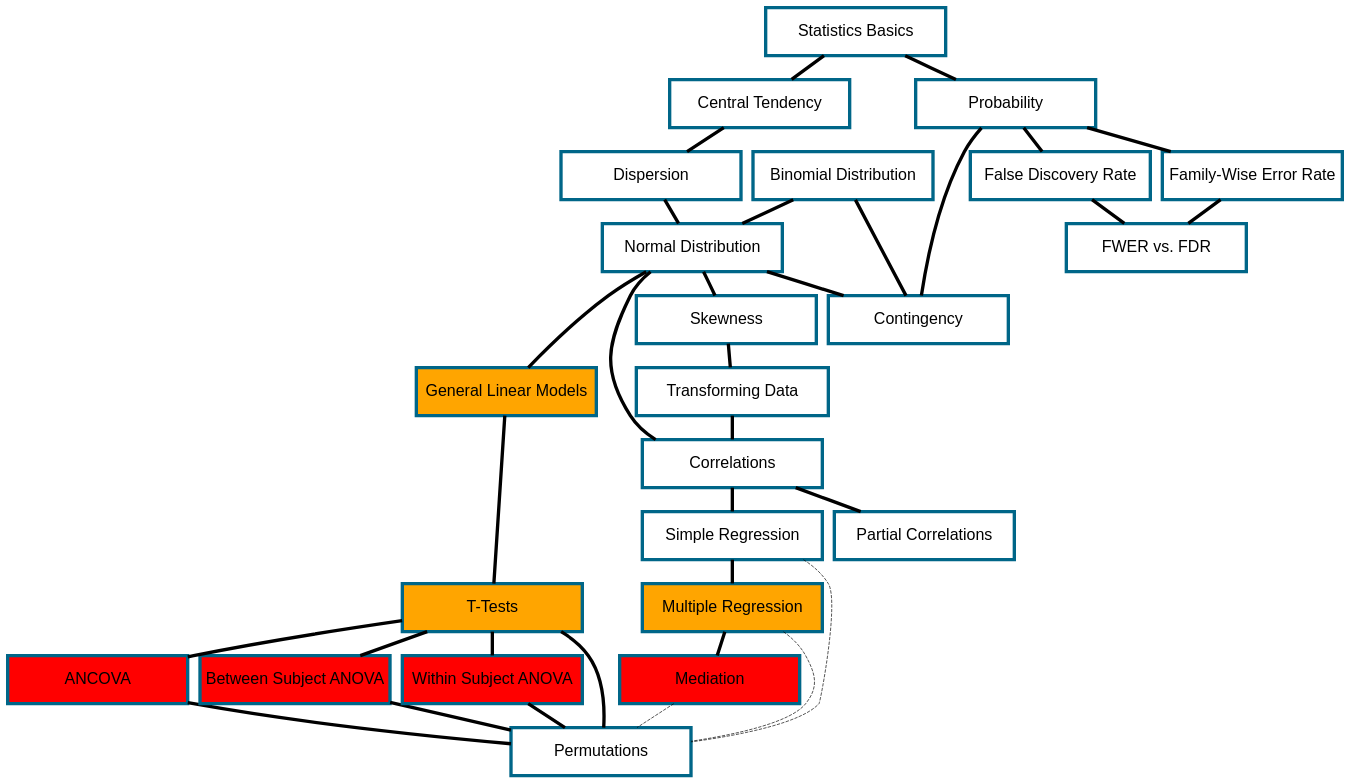
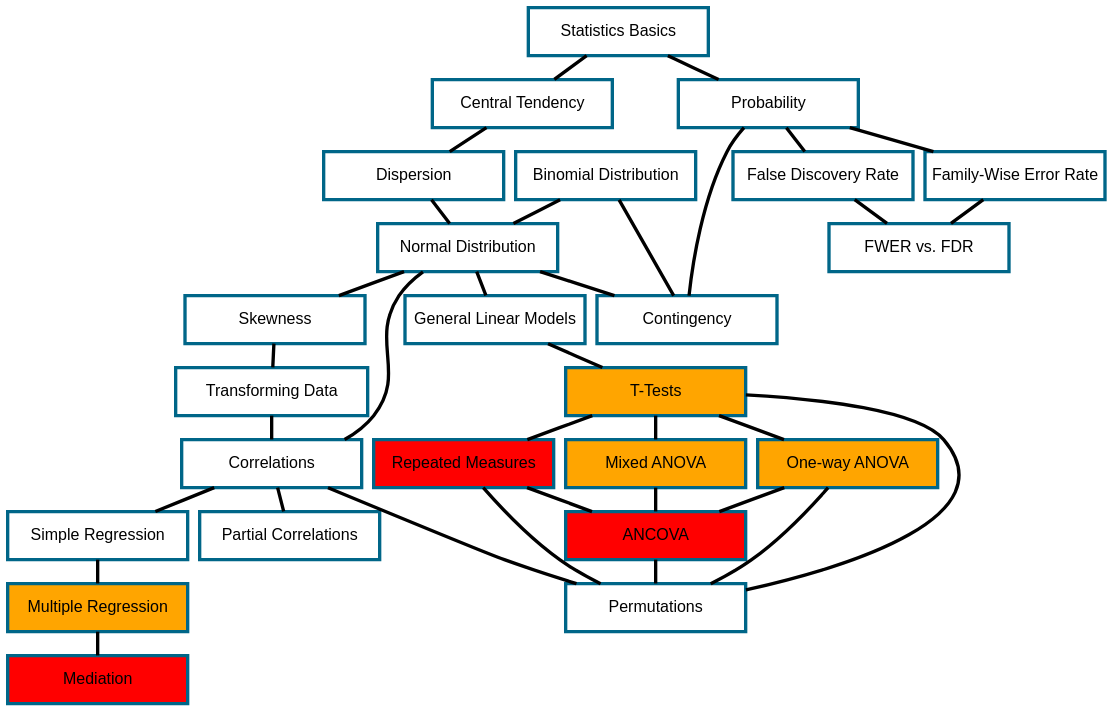
The diagram in overview.qmd (Reading-Psych/jast), drawn with Graphviz before and after one commit. The commit also changed 19 other files, not shown here.

````diff
--- a/overview.qmd
+++ b/overview.qmd
@@ -45,12 +45,12 @@
 		ancova[
       label = "ANCOVA",
       fillcolor = "red",
-      URL = ""
+      URL = "../GeneralLinearModels/ancova.html"
     ]
     between_anova[
-      label = "Between Subject ANOVA",
-      fillcolor = "red",
-      URL = ""
+      label = "One-way ANOVA",
+      fillcolor = "orange",
+      URL = "../GeneralLinearModels/oneWayAnova.html"
     ]
 		binomial [
 			URL = "../distributions/binomial.html",
@@ -102,7 +102,7 @@
     glm[
       URL       = "../GeneralLinearModels/generalLinearModels.html",
       label     = "General Linear Models",
-      fillcolor = "orange"
+      fillcolor = "white"
     ]
     #kurtosis[
     #  URL       = "",
@@ -114,6 +114,11 @@
       fillcolor = "red",
       label = "Mediation"
     ]
+    mixed_anova[
+		  label = "Mixed ANOVA",
+		  fillcolor = "orange",
+		  URL = "../GeneralLinearModels/mixedAnova.html",
+		]
 		multiple_regression[
 		  label     = "Multiple Regression",
 		  URL       = "../regressions/multipleRegressions.html",
@@ -144,9 +149,9 @@
 			# row = func,
 		]
 		repeated_measures_anova[
-		  label = "Within Subject ANOVA",
+		  label = "Repeated Measures",
 		  fillcolor = "red",
-		  URL = "",
+		  URL = "../GeneralLinearModels/repeatedAnova.html",
 		]
 		simple_regression[
 		  label="Simple Regression",
@@ -173,6 +178,7 @@
 		]
 	}
 	/* connections */
+	between_anova -> ancova
 	binomial -> contingency
 	binomial -> normal[
     #style = "dashed",
@@ -186,7 +192,8 @@
 	fdr -> fwer_vs_fdr
 	fwer -> fwer_vs_fdr
 	glm -> ttests
-  multiple_regression -> mediation
+  mixed_anova -> ancova
+	multiple_regression -> mediation
 	normal -> correlations
 	normal -> contingency
 	normal -> glm
@@ -201,30 +208,33 @@
 	probability -> contingency
 	probability -> fwer
 	probability -> fdr
+	repeated_measures_anova -> ancova
 	stats_basics -> central_tendency
 	stats_basics -> probability
-	ttests -> ancova
+	ttests -> mixed_anova
 	ttests -> between_anova
 	ttests -> repeated_measures_anova
+	
+	
 	
   # edge[ style = invis ];
   ancova -> permutation
   repeated_measures_anova -> permutation
   between_anova -> permutation
-  # correlations -> permutation
-  mediation -> permutation  [
-    style = "dashed",
+  correlations -> permutation
+  #mediation -> permutation  [
+  #  style = "dashed",
     #row = func
-	] 
-  multiple_regression -> permutation  [
-    style = "dashed",
-    #row = func
-	] 
-  # partial_correlations -> permutation
-  simple_regression -> permutation  [
-    style = "dashed",
-    #row = func
-	] 
+	#] 
+  #multiple_regression -> permutation  [
+  #  style = "dashed",
+  #  #row = func
+	#] 
+  #partial_correlations -> permutation
+  #simple_regression -> permutation  [
+  #  style = "dashed",
+  #  #row = func
+	#] 
   ttests -> permutation
 }
 ```
````
